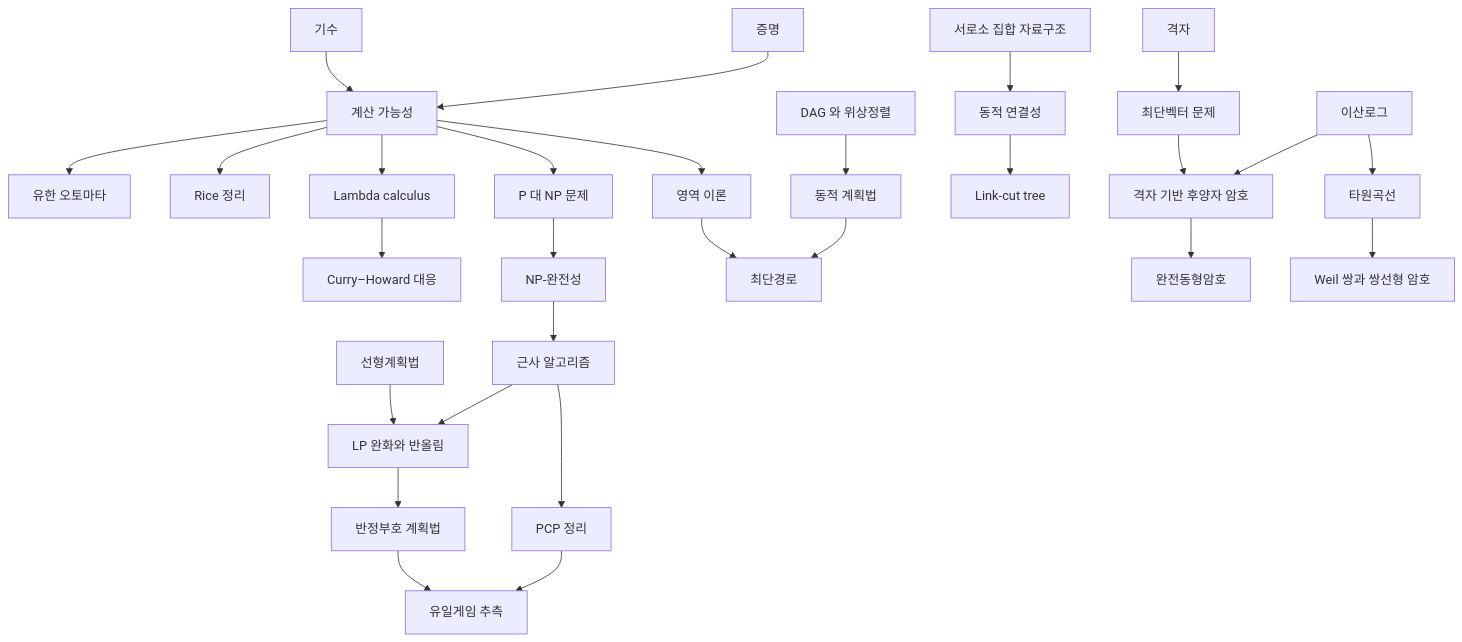
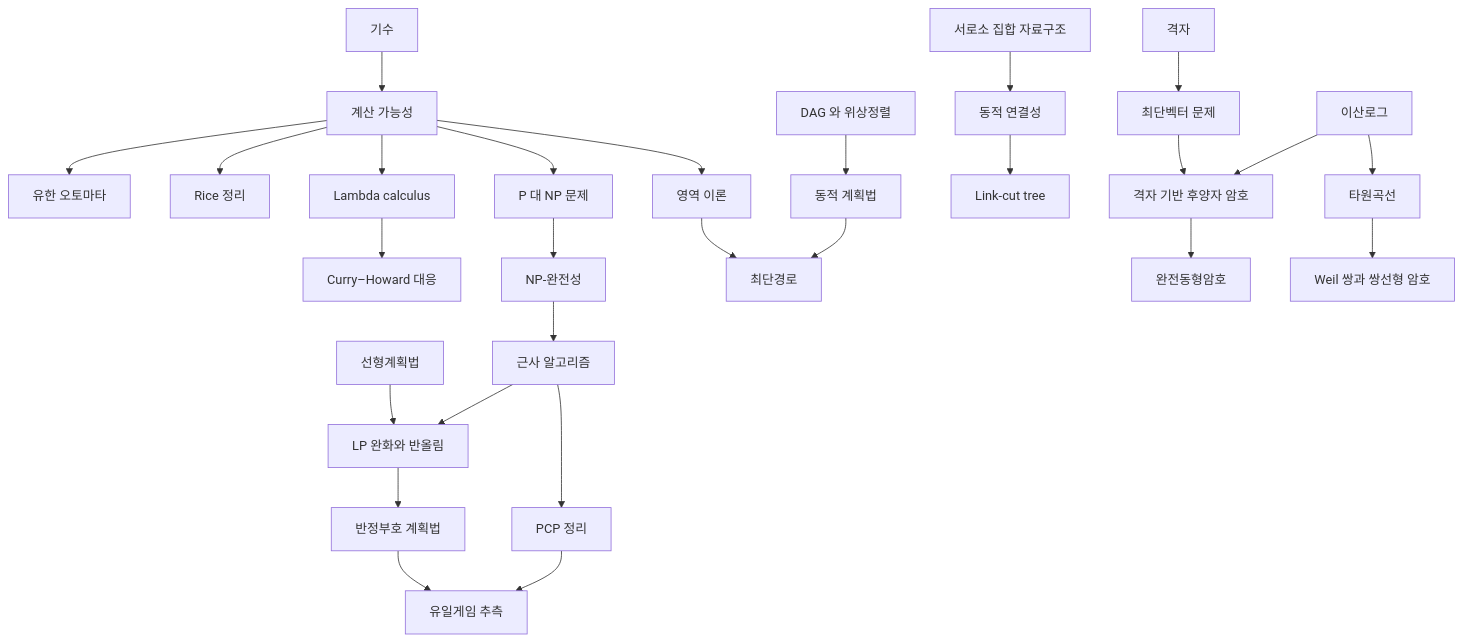
The diagram in docs/computation-overview.md (Phryxia/math-map), drawn with Mermaid before and after one commit. The commit also changed 2 other files, not shown here.

Commit message:
drop three more map arrows that are not real edges
category-theory-overview 의 "함수 -> 범주", computation-overview 의
"증명 -> 계산 가능성", machine-learning-overview 의 "기계학습 개관 ->
변분 오토인코더" 를 지웠다. 세 자식 다 실제 부모에서 오는 화살표를
이미 받고 있다. 지운 줄에 있던 라벨 정의는 남은 화살표로 옮겼다.
개관 21 개의 화살표 387 개가 이제 모두 실제 간선이다.

Claude-Session: https://claude.ai/code/session_01E5JsbtKZotuEps2UNJbFaD

````diff
--- a/docs/computation-overview.md
+++ b/docs/computation-overview.md
@@ -13,30 +13,29 @@
 ```mermaid
 graph TD
-  PF["증명"] --> CB["계산 가능성"]
-  CA["기수"] --> CB
+  CA["기수"] --> CB["계산 가능성"]
   CB --> FA["유한 오토마타"]
   CB --> RT["Rice 정리"]
   CB --> LC["Lambda calculus"]
   CB --> DT["영역 이론"]
   LC --> CH["Curry–Howard 대응"]
   CB --> PN["P 대 NP 문제"]
   PN --> NPC["NP-완전성"]
   NPC --> AA["근사 알고리즘"]
   AA --> LPR["LP 완화와 반올림"]
   AA --> PCP["PCP 정리"]
   PCP --> UG["유일게임 추측"]
   LP["선형계획법"] --> LPR
   LPR --> SDP["반정부호 계획법"]
   SDP --> UG
   DAG["DAG 와 위상정렬"] --> DP["동적 계획법"]
   DP --> SP["최단경로"]
   DT --> SP
   UF["서로소 집합 자료구조"] --> DC["동적 연결성"]
   DC --> LCT["Link-cut tree"]
   DL["이산로그"] --> PQ["격자 기반 후양자 암호"]
   LA["격자"] --> SVP["최단벡터 문제"]
   SVP --> PQ
   PQ --> HE["완전동형암호"]
   DL --> EC["타원곡선"]
   EC --> PBC["Weil 쌍과 쌍선형 암호"]
 ```
````
